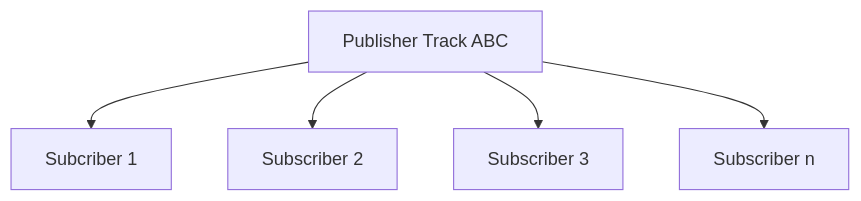
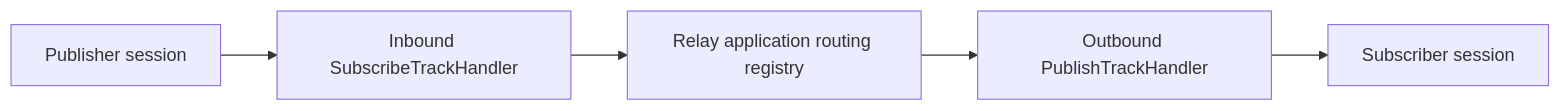
One commit to Quicr/libquicr changed the eighth of 8 diagrams in docs/implementation.md. Above: the diagram before and after it, drawn with Mermaid. The commit also changed other lines of this file and 2 other files, not shown here.

````diff
--- a/docs/implementation.md
+++ b/docs/implementation.md
@@ -52,7 +360,13 @@
 ```mermaid
-flowchart TD
-    P[Publisher Track ABC] --> S1[Subcriber 1]
-    P --> S2[Subscriber 2]
-    P --> S3[Subscriber 3]
-    P --> SN[Subscriber n]
+flowchart LR
+    Publisher[Publisher session]
+    Inbound[Inbound SubscribeTrackHandler]
+    Registry[Relay application routing registry]
+    Outbound[Outbound PublishTrackHandler]
+    Subscriber[Subscriber session]
+
+    Publisher --> Inbound
+    Inbound --> Registry
+    Registry --> Outbound
+    Outbound --> Subscriber
 ```
````
